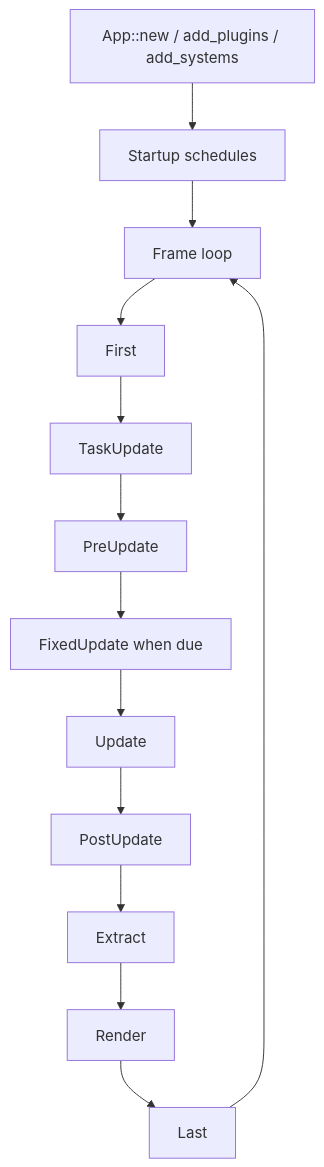
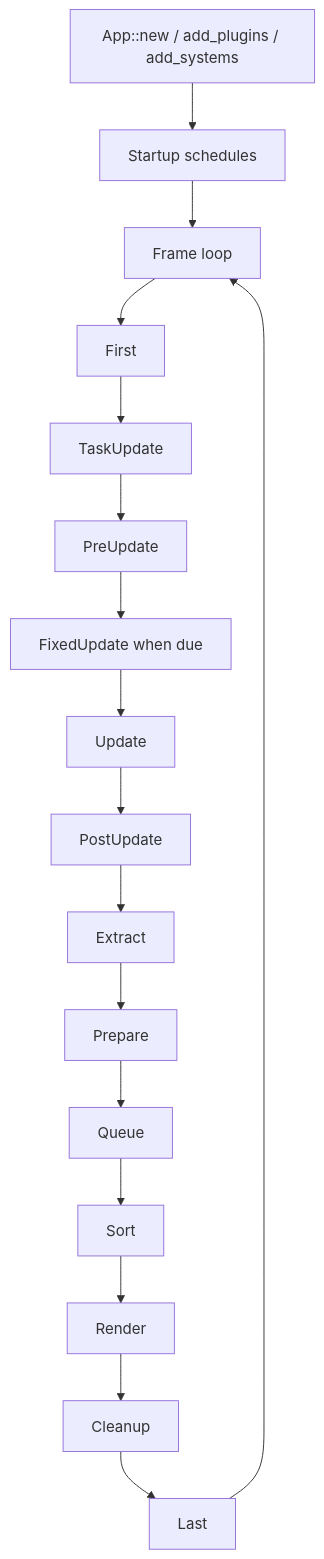
One commit to Latias94/nara changed the diagram in docs/architecture/adr/0003-own-app-plugin-and-schedule-lifecycle.md. Above: the diagram before and after it, drawn with Mermaid. The commit also changed other lines of this file and 9 other files, not shown here.

````diff
--- a/docs/architecture/adr/0003-own-app-plugin-and-schedule-lifecycle.md
+++ b/docs/architecture/adr/0003-own-app-plugin-and-schedule-lifecycle.md
@@ -28,15 +28,19 @@
 ```mermaid
 flowchart TD
     Build[App::new / add_plugins / add_systems] --> Startup[Startup schedules]
     Startup --> Frame[Frame loop]
     Frame --> First[First]
     First --> TaskUpdate[TaskUpdate]
     TaskUpdate --> PreUpdate[PreUpdate]
     PreUpdate --> FixedUpdate[FixedUpdate when due]
     FixedUpdate --> Update[Update]
     Update --> PostUpdate[PostUpdate]
     PostUpdate --> Extract[Extract]
-    Extract --> Render[Render]
-    Render --> Last[Last]
+    Extract --> Prepare[Prepare]
+    Prepare --> Queue[Queue]
+    Queue --> Sort[Sort]
+    Sort --> Render[Render]
+    Render --> Cleanup[Cleanup]
+    Cleanup --> Last[Last]
     Last --> Frame
 ```
````
